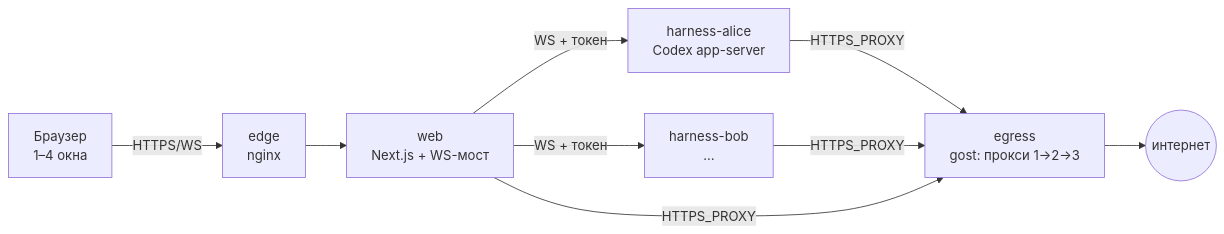
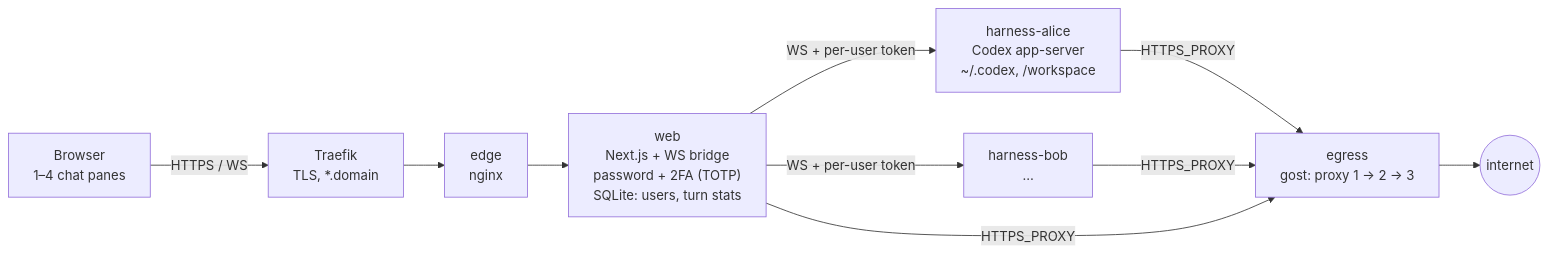
Before and after one commit to RAZUM-DC/paddock: the diagram in README.md, drawn with Mermaid. The commit also changed other lines of this file and 17 other files, not shown here.

````diff
--- a/README.md
+++ b/README.md
@@ -25,7 +28,7 @@
 ```mermaid
 flowchart LR
-  B["Браузер\n1–4 окна"] -- HTTPS/WS --> E["edge\nnginx"] --> W["web\nNext.js + WS-мост"]
-  W -- "WS + токен" --> H1["harness-alice\nCodex app-server"]
-  W -- "WS + токен" --> H2["harness-bob\n…"]
-  H1 & H2 & W -- HTTPS_PROXY --> G["egress\ngost: прокси 1→2→3"] --> I(("интернет"))
+  B["Browser\n1–4 chat panes"] -- "HTTPS / WS" --> T["Traefik\nTLS, *.domain"] --> E["edge\nnginx"] --> W["web\nNext.js + WS bridge\npassword + 2FA (TOTP)\nSQLite: users, turn stats"]
+  W -- "WS + per-user token" --> H1["harness-alice\nCodex app-server\n~/.codex, /workspace"]
+  W -- "WS + per-user token" --> H2["harness-bob\n…"]
+  H1 & H2 & W -- "HTTPS_PROXY" --> G["egress\ngost: proxy 1 → 2 → 3"] --> I(("internet"))
 ```
````
